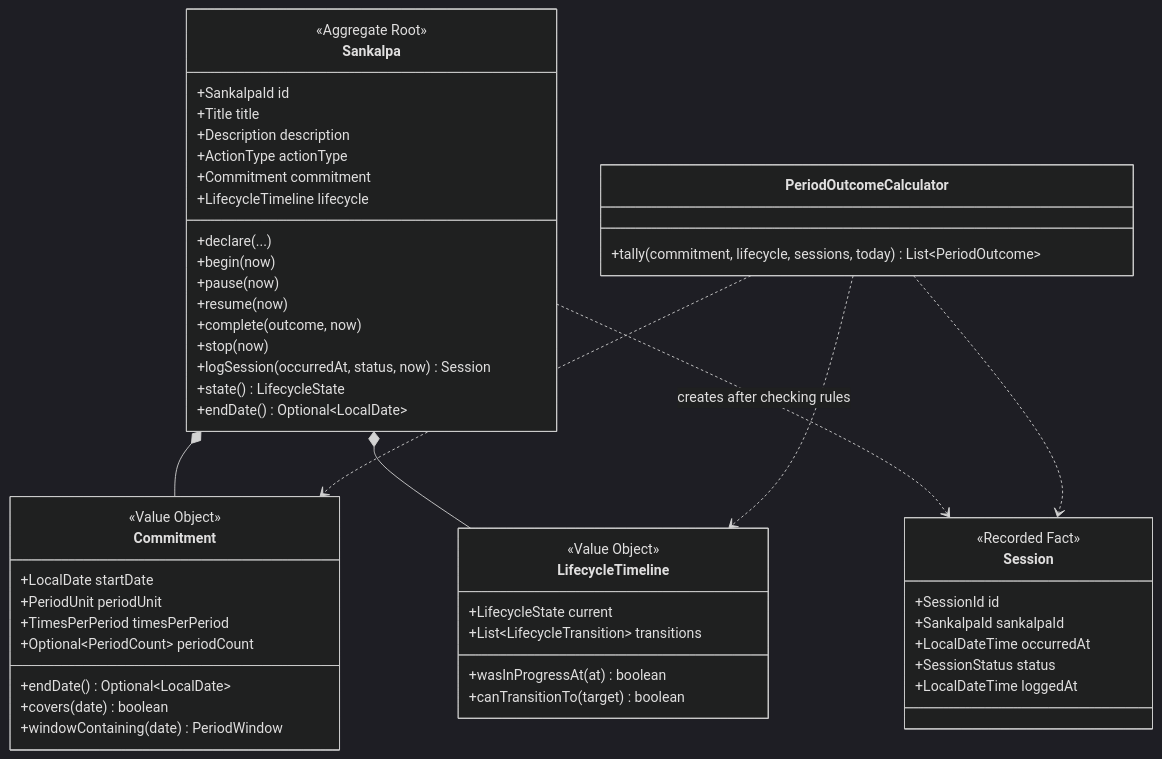
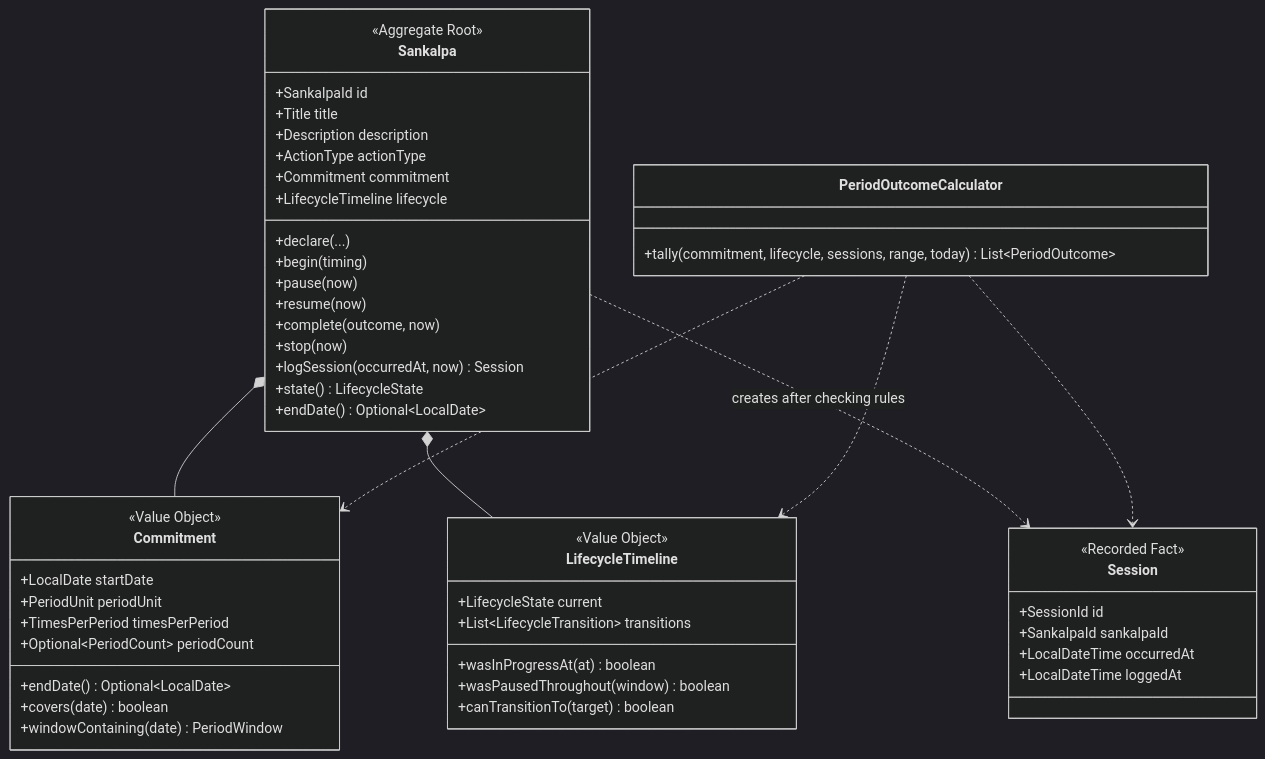
Before and after one commit to pswani/sankalpa: the diagram in docs/architecture/ddd/03-domain-model.md, drawn with Mermaid (dark theme). The commit also changed other lines of this file and 13 other files, not shown here.

````diff
--- a/docs/architecture/ddd/03-domain-model.md
+++ b/docs/architecture/ddd/03-domain-model.md
@@ -8,60 +8,60 @@
 ```mermaid
 classDiagram
   class Sankalpa {
     <<Aggregate Root>>
     +SankalpaId id
     +Title title
     +Description description
     +ActionType actionType
     +Commitment commitment
     +LifecycleTimeline lifecycle
     +declare(...)
-    +begin(now)
+    +begin(timing)
     +pause(now)
     +resume(now)
     +complete(outcome, now)
     +stop(now)
-    +logSession(occurredAt, status, now) Session
+    +logSession(occurredAt, now) Session
     +state() LifecycleState
     +endDate() Optional~LocalDate~
   }
 
   class Session {
     <<Recorded Fact>>
     +SessionId id
     +SankalpaId sankalpaId
     +LocalDateTime occurredAt
-    +SessionStatus status
     +LocalDateTime loggedAt
   }
 
   class Commitment {
     <<Value Object>>
     +LocalDate startDate
     +PeriodUnit periodUnit
     +TimesPerPeriod timesPerPeriod
     +Optional~PeriodCount~ periodCount
     +endDate() Optional~LocalDate~
     +covers(date) boolean
     +windowContaining(date) PeriodWindow
   }
 
   class LifecycleTimeline {
     <<Value Object>>
     +LifecycleState current
     +List~LifecycleTransition~ transitions
     +wasInProgressAt(at) boolean
+    +wasPausedThroughout(window) boolean
     +canTransitionTo(target) boolean
   }
 
   class PeriodOutcomeCalculator {
-    +tally(commitment, lifecycle, sessions, today) List~PeriodOutcome~
+    +tally(commitment, lifecycle, sessions, range, today) List~PeriodOutcome~
   }
 
   Sankalpa *-- Commitment
   Sankalpa *-- LifecycleTimeline
   Sankalpa ..> Session : creates after checking rules
   PeriodOutcomeCalculator ..> Commitment
   PeriodOutcomeCalculator ..> Session
   PeriodOutcomeCalculator ..> LifecycleTimeline
 ```
````
